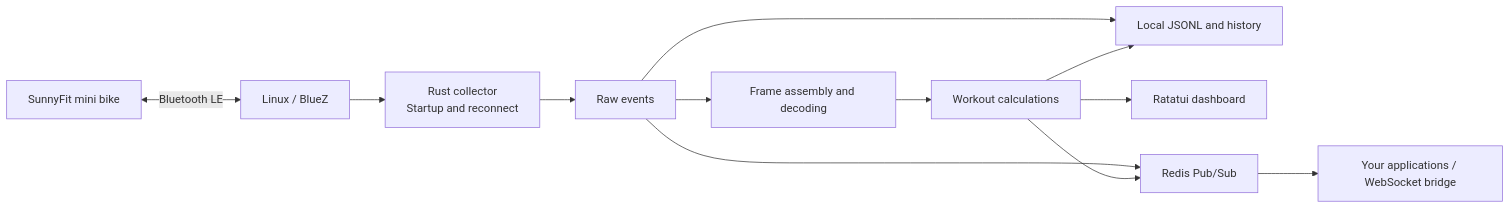
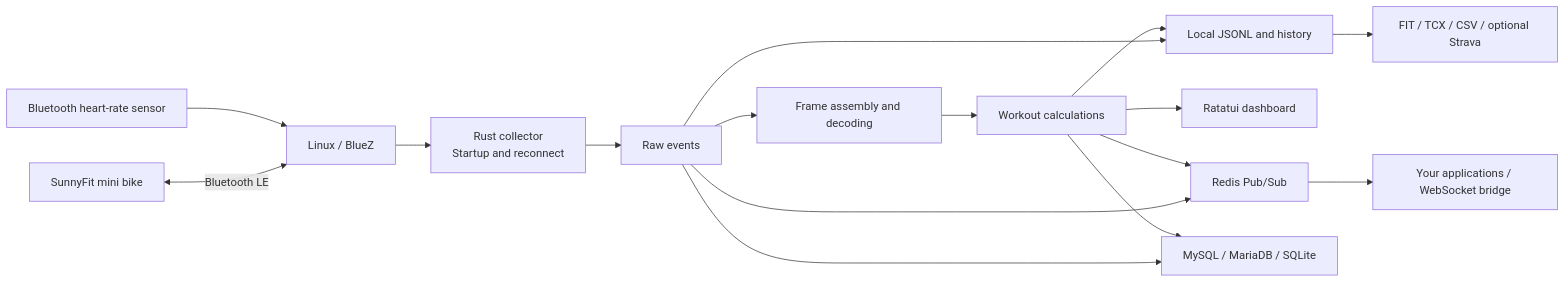
The diagram in README.md (kawaiipantsu/sunnyfit-ble-cli), drawn with Mermaid before and after one commit. The commit also changed other lines of this file and 43 other files, not shown here.

Commit message:
feat: add multi-sink service, workout modes and sensor profiles

````diff
--- a/README.md
+++ b/README.md
@@ -187,14 +202,18 @@
 ```mermaid
 flowchart LR
     Bike[SunnyFit mini bike] <-->|Bluetooth LE| BlueZ[Linux / BlueZ]
     BlueZ --> Collector[Rust collector\nStartup and reconnect]
     Collector --> Raw[Raw events]
     Raw --> Decoder[Frame assembly and decoding]
     Decoder --> Workout[Workout calculations]
     Raw --> Files[Local JSONL and history]
     Workout --> Files
     Workout --> TUI[Ratatui dashboard]
     Raw --> Redis[Redis Pub/Sub]
     Workout --> Redis
+    Sensor[Bluetooth heart-rate sensor] --> BlueZ
+    Raw --> DB[MySQL / MariaDB / SQLite]
+    Workout --> DB
+    Files --> Export[FIT / TCX / CSV / optional Strava]
     Redis --> Apps[Your applications / WebSocket bridge]
 ```
````
